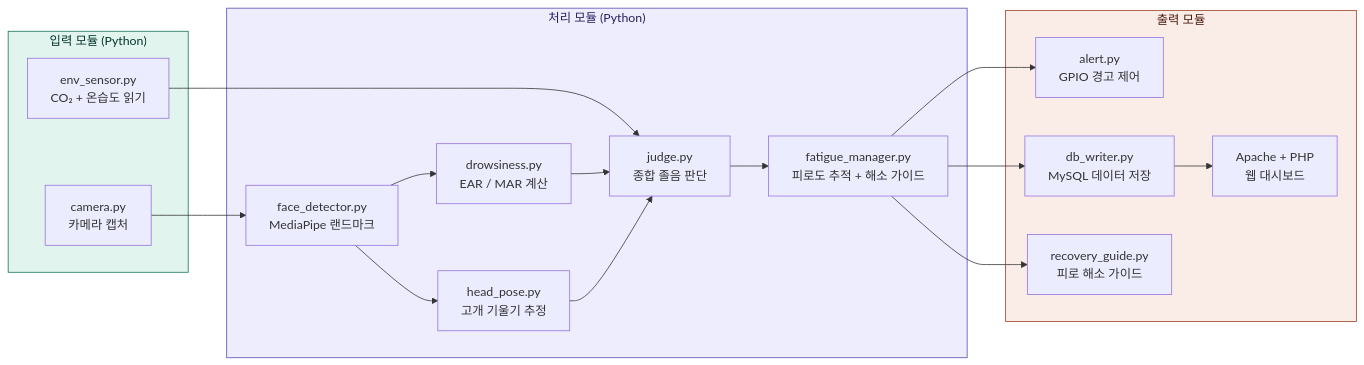
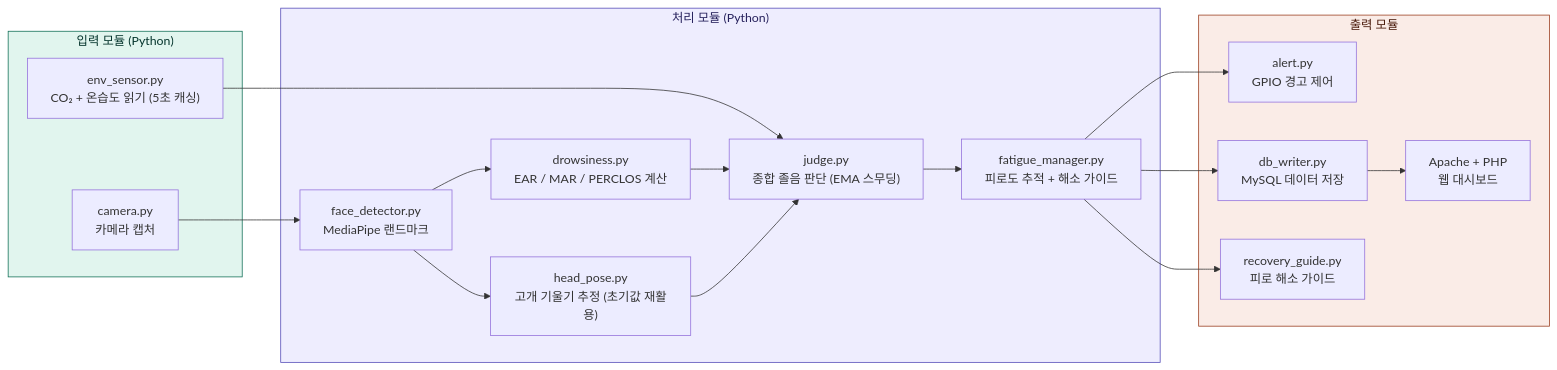
One commit to pgh165/capstone changed the third of 11 diagrams in project.md. Above: the diagram before and after it, drawn with Mermaid. The commit also changed other lines of this file and 6 other files, not shown here.

````diff
--- a/project.md
+++ b/project.md
@@ -132,38 +132,38 @@
 ```mermaid
 graph LR
     subgraph INPUT["입력 모듈 (Python)"]
         A1["camera.py<br/>카메라 캡처"]
-        A2["env_sensor.py<br/>CO₂ + 온습도 읽기"]
+        A2["env_sensor.py<br/>CO₂ + 온습도 읽기 (5초 캐싱)"]
     end
 
     subgraph PROCESS["처리 모듈 (Python)"]
         B1["face_detector.py<br/>MediaPipe 랜드마크"]
-        B2["drowsiness.py<br/>EAR / MAR 계산"]
-        B3["head_pose.py<br/>고개 기울기 추정"]
-        B4["judge.py<br/>종합 졸음 판단"]
+        B2["drowsiness.py<br/>EAR / MAR / PERCLOS 계산"]
+        B3["head_pose.py<br/>고개 기울기 추정 (초기값 재활용)"]
+        B4["judge.py<br/>종합 졸음 판단 (EMA 스무딩)"]
         B5["fatigue_manager.py<br/>피로도 추적 + 해소 가이드"]
     end
 
     subgraph OUTPUT["출력 모듈"]
         C1["alert.py<br/>GPIO 경고 제어"]
         C2["db_writer.py<br/>MySQL 데이터 저장"]
         C3["recovery_guide.py<br/>피로 해소 가이드"]
         C4["Apache + PHP<br/>웹 대시보드"]
     end
 
     A1 --> B1
     A2 --> B4
     B1 --> B2
     B1 --> B3
     B2 --> B4
     B3 --> B4
     B4 --> B5
     B5 --> C1
     B5 --> C2
     B5 --> C3
     C2 --> C4
 
     style INPUT fill:#E1F5EE,stroke:#0F6E56,color:#04342C
     style PROCESS fill:#EEEDFE,stroke:#534AB7,color:#26215C
     style OUTPUT fill:#FAECE7,stroke:#993C1D,color:#4A1B0C
 ```
````
